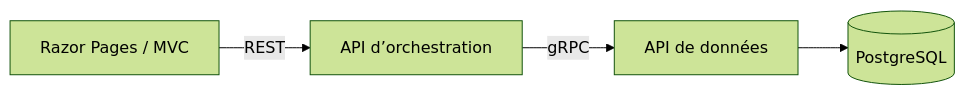
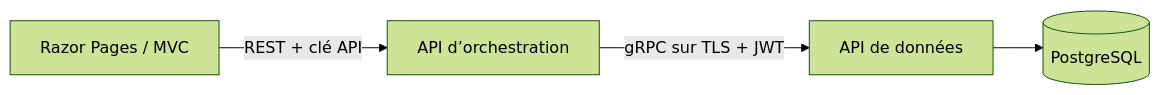
Before and after one commit to ElisesHub/ElisesHub: the second of 2 diagrams in README.md, drawn with Mermaid (forest theme). The commit also changed other lines of this file, not shown here.

````diff
--- a/README.md
+++ b/README.md
@@ -61,6 +63,6 @@
 ```mermaid
 flowchart LR
-    Web[Razor Pages / MVC] -->|REST| Orch[API d’orchestration]
-    Orch -->|gRPC| Data[API de données]
+    Web[Razor Pages / MVC] -->|REST + clé API| Orch[API d’orchestration]
+    Orch -->|gRPC sur TLS + JWT| Data[API de données]
     Data --> DB[(PostgreSQL)]
 ```
````
